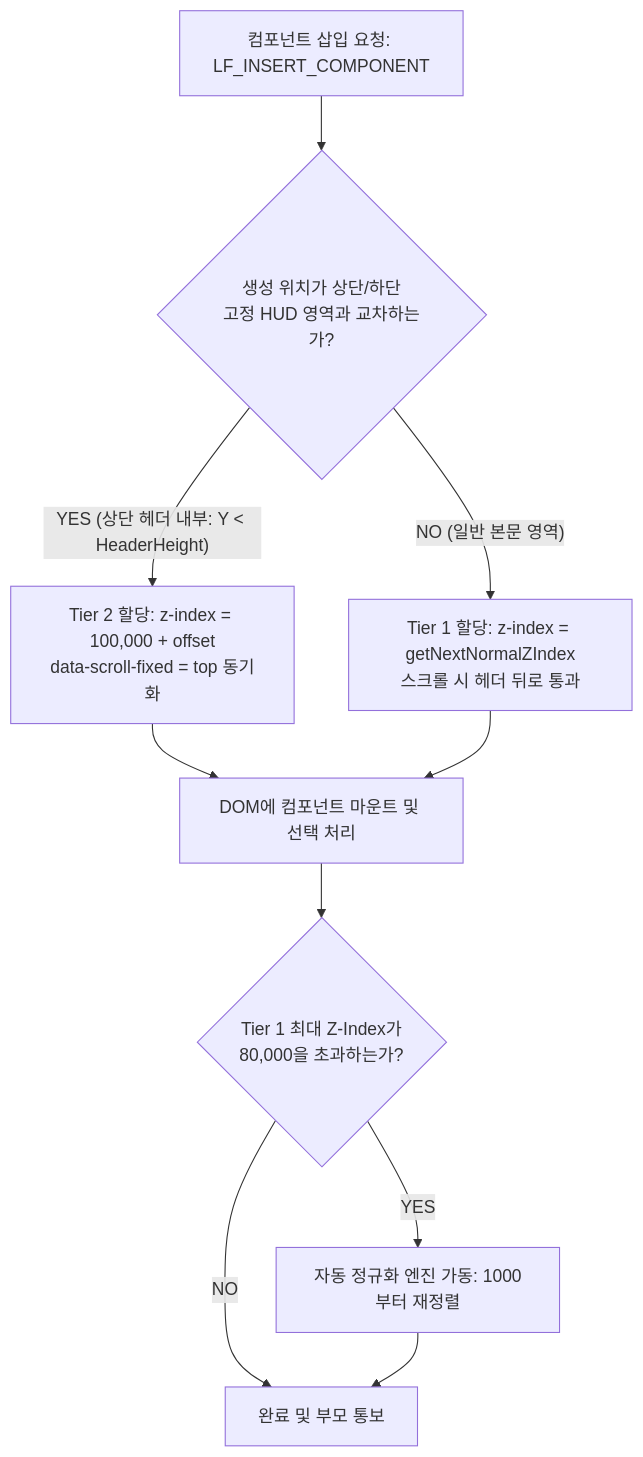
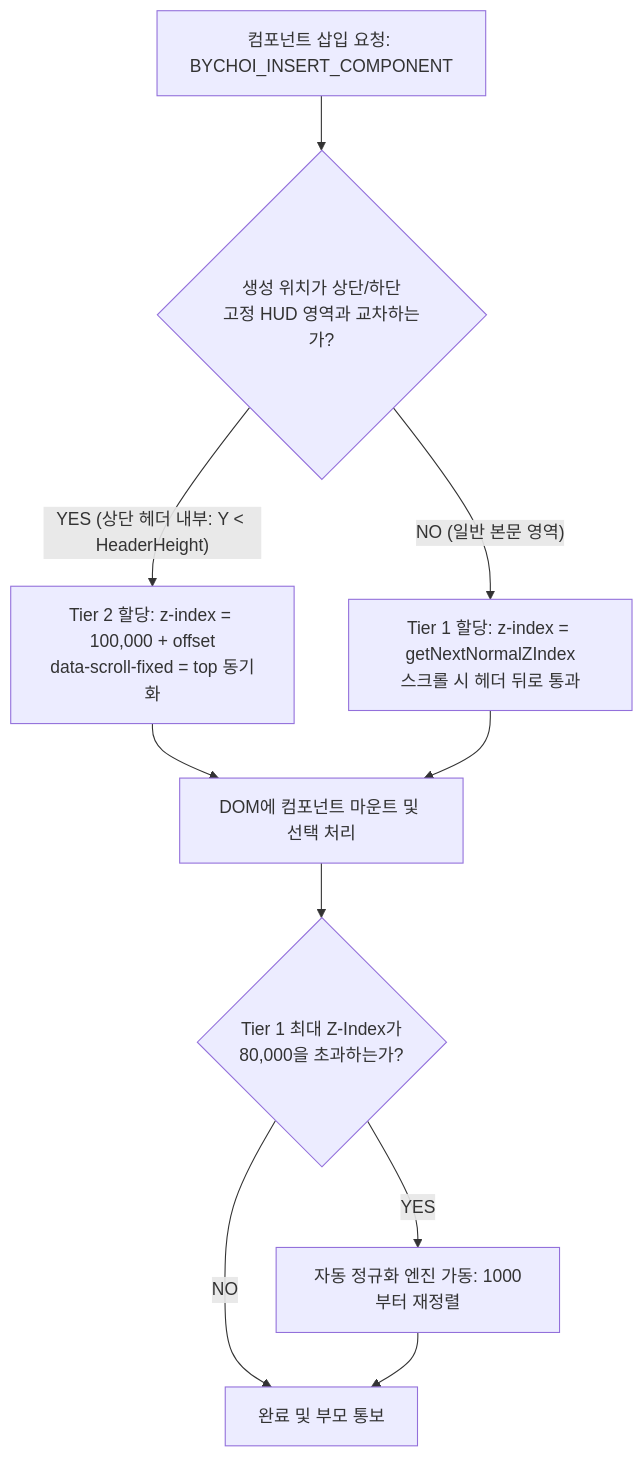
The diagram in docs/plan_z_index_system_architecture.md (bychoi-space/workspace), drawn with Mermaid before and after one commit. The commit also changed other lines of this file and 230 other files, not shown here.

````diff
--- a/docs/plan_z_index_system_architecture.md
+++ b/docs/plan_z_index_system_architecture.md
@@ -86,15 +86,15 @@
 ```mermaid
 flowchart TD
-    Start[컴포넌트 삽입 요청: LF_INSERT_COMPONENT] --> CheckCoord{생성 위치가 상단/하단<br>고정 HUD 영역과 교차하는가?}
+    Start[컴포넌트 삽입 요청: BYCHOI_INSERT_COMPONENT] --> CheckCoord{생성 위치가 상단/하단<br>고정 HUD 영역과 교차하는가?}
     
     CheckCoord -- "YES (상단 헤더 내부: Y < HeaderHeight)" --> AssignHUD[Tier 2 할당: z-index = 100,000 + offset<br>data-scroll-fixed = top 동기화]
     AssignHUD --> Mount[DOM에 컴포넌트 마운트 및 선택 처리]
     
     CheckCoord -- "NO (일반 본문 영역)" --> AssignNormal[Tier 1 할당: z-index = getNextNormalZIndex<br>스크롤 시 헤더 뒤로 통과]
     AssignNormal --> Mount
     
     Mount --> CompactionCheck{Tier 1 최대 Z-Index가<br>80,000을 초과하는가?}
     CompactionCheck -- YES --> RunCompaction[자동 정규화 엔진 가동: 1000부터 재정렬]
     CompactionCheck -- NO --> End[완료 및 부모 통보]
     RunCompaction --> End
 ```
````
